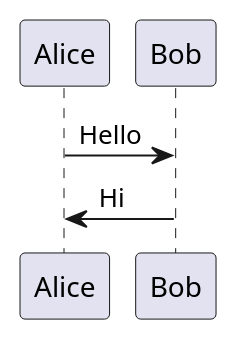
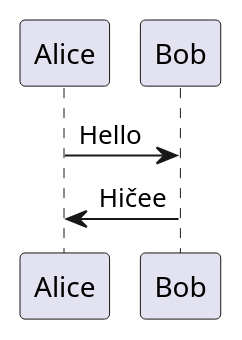
One commit to Trails-Through-Shadows/TTS-Thesis changed the diagram in mik0486/src/diagrams/test.puml. Above: the diagram before and after it, drawn with PlantUML. The commit also changed 9 other files, not shown here.

First line of the commit message:
UML Diacritics fix

```diff
--- a/mik0486/src/diagrams/test.puml
+++ b/mik0486/src/diagrams/test.puml
@@ -1,4 +1,4 @@
 @startuml
 Alice -> Bob: Hello
-Bob -> Alice: Hi
+Bob -> Alice: Hičee
 @enduml
```
